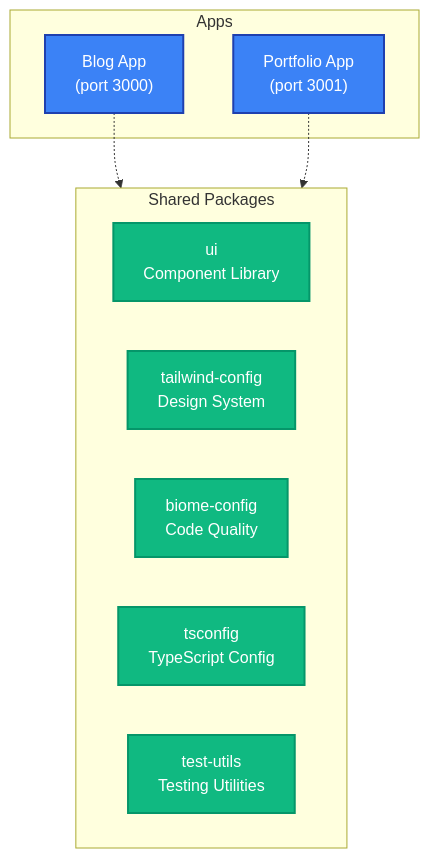
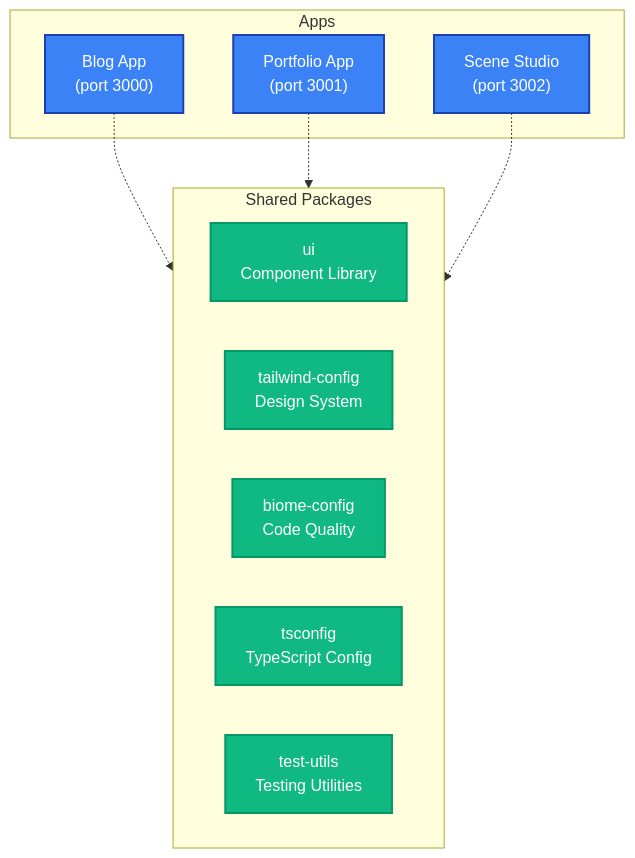
One commit to k2bg-technology/k2bg-branding changed the first of 2 diagrams in README.md. Above: the diagram before and after it, drawn with Mermaid. The commit also changed other lines of this file and 10 other files, not shown here.

Commit message:
📝 Docs: #386 Align Scene Studio documentation

````diff
--- a/README.md
+++ b/README.md
@@ -91,24 +95,26 @@
 ```mermaid
 flowchart TB
     subgraph apps["Apps"]
         Blog["Blog App<br/>(port 3000)"]
         Portfolio["Portfolio App<br/>(port 3001)"]
+        SceneStudio["Scene Studio<br/>(port 3002)"]
     end
 
     subgraph packages["Shared Packages"]
         UI["ui<br/>Component Library"]
         TailwindConfig["tailwind-config<br/>Design System"]
         BiomeConfig["biome-config<br/>Code Quality"]
         TSConfig["tsconfig<br/>TypeScript Config"]
         TestUtils["test-utils<br/>Testing Utilities"]
     end
 
     Blog -.-> packages
     Portfolio -.-> packages
+    SceneStudio -.-> packages
 
     classDef appStyle fill:#3B82F6,stroke:#1E40AF,stroke-width:2px,color:#fff
     classDef packageStyle fill:#10B981,stroke:#059669,stroke-width:2px,color:#fff
 
-    class Blog,Portfolio appStyle
+    class Blog,Portfolio,SceneStudio appStyle
     class UI,TailwindConfig,BiomeConfig,TSConfig,TestUtils packageStyle
 ```
````
